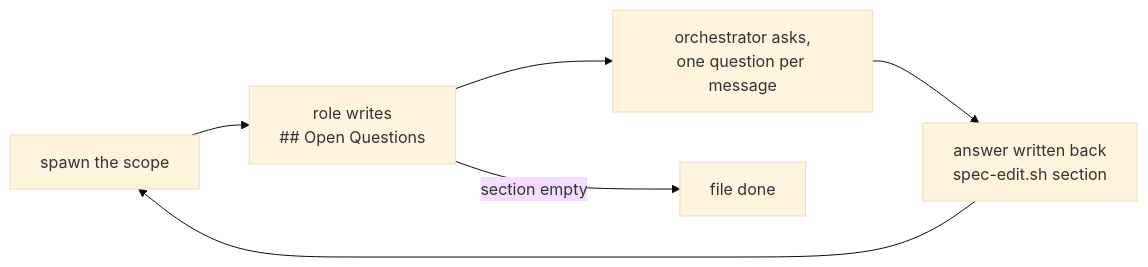
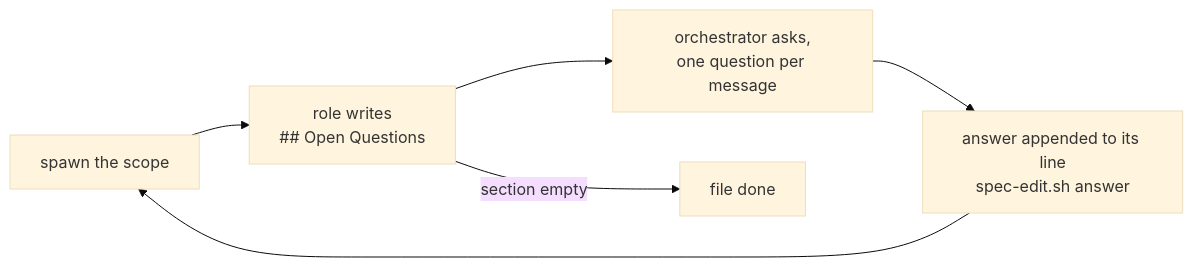
Before and after one commit to akolpako/sdd-kit: the first of 2 diagrams in ENGINE.md, drawn with Mermaid (base theme). The commit also changed other lines of this file and 4 other files, not shown here.

Commit message:
sdd: answers are appended to their line by spec-edit.sh answer, never retyped with the section

````diff
--- a/ENGINE.md
+++ b/ENGINE.md
@@ -132,8 +132,8 @@
 ```mermaid
 flowchart LR
     s["spawn the scope"] --> q["role writes<br>## Open Questions"]
     q --> a["orchestrator asks,<br>one question per message"]
-    a --> w["answer written back<br>spec-edit.sh section"]
+    a --> w["answer appended to its line<br>spec-edit.sh answer"]
     w --> s
     q -->|"section empty"| d["file done"]
 ```
````
